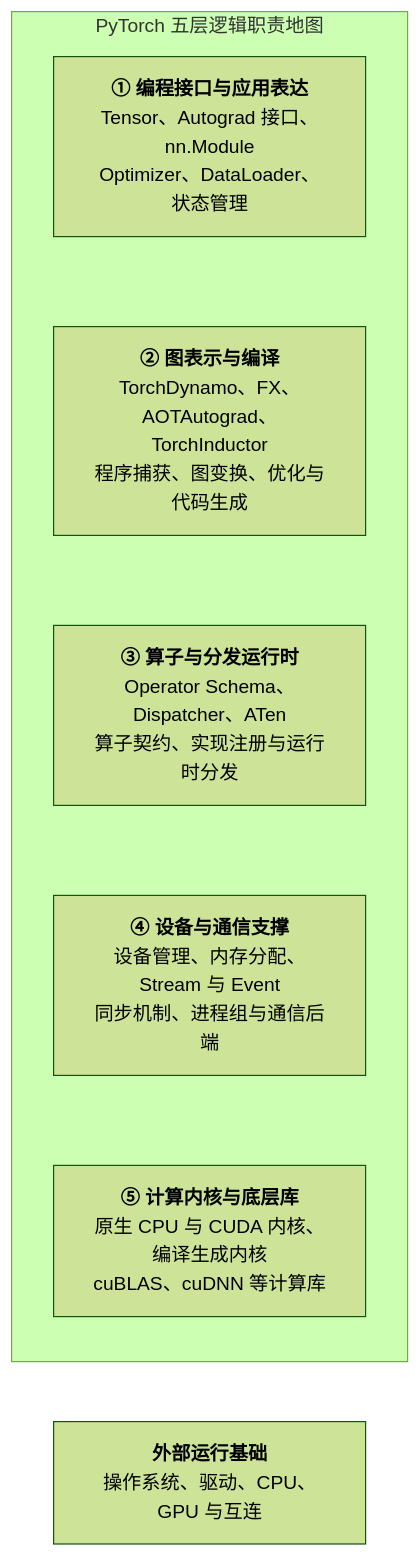
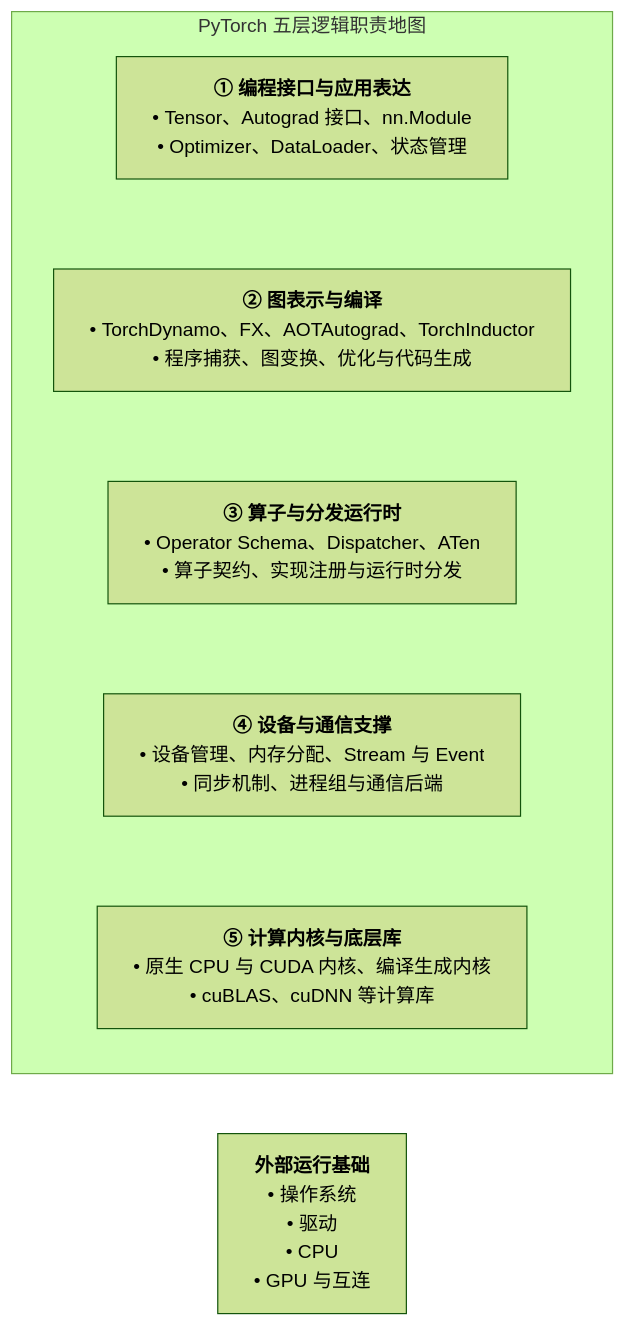
The second of 6 diagrams in _posts/2026-02-17-pytorch-overall-introduction.md (arganzheng/arganzheng.github.com), drawn with Mermaid (forest theme) before and after one commit. The commit also changed other lines of this file and 9 other files, not shown here.

First line of the commit message:
PyTorch 系列其余 9 篇：流程图方框改成「标题 + 列表」

````diff
--- a/_posts/2026-02-17-pytorch-overall-introduction.md
+++ b/_posts/2026-02-17-pytorch-overall-introduction.md
@@ -534,25 +534,26 @@
 ```mermaid
+%%{init: {"flowchart": {"wrappingWidth": 440}}}%%
 flowchart TB
     subgraph MAP["PyTorch 五层逻辑职责地图"]
         direction TB
 
-        L1["<b>① 编程接口与应用表达</b><br/>Tensor、Autograd 接口、nn.Module<br/>Optimizer、DataLoader、状态管理"]
+        L1["<b>① 编程接口与应用表达</b><br/>• Tensor、Autograd 接口、nn.Module<br/>• Optimizer、DataLoader、状态管理"]
 
-        L2["<b>② 图表示与编译</b><br/>TorchDynamo、FX、AOTAutograd、TorchInductor<br/>程序捕获、图变换、优化与代码生成"]
+        L2["<b>② 图表示与编译</b><br/>• TorchDynamo、FX、AOTAutograd、TorchInductor<br/>• 程序捕获、图变换、优化与代码生成"]
 
-        L3["<b>③ 算子与分发运行时</b><br/>Operator Schema、Dispatcher、ATen<br/>算子契约、实现注册与运行时分发"]
+        L3["<b>③ 算子与分发运行时</b><br/>• Operator Schema、Dispatcher、ATen<br/>• 算子契约、实现注册与运行时分发"]
 
-        L4["<b>④ 设备与通信支撑</b><br/>设备管理、内存分配、Stream 与 Event<br/>同步机制、进程组与通信后端"]
+        L4["<b>④ 设备与通信支撑</b><br/>• 设备管理、内存分配、Stream 与 Event<br/>• 同步机制、进程组与通信后端"]
 
-        L5["<b>⑤ 计算内核与底层库</b><br/>原生 CPU 与 CUDA 内核、编译生成内核<br/>cuBLAS、cuDNN 等计算库"]
+        L5["<b>⑤ 计算内核与底层库</b><br/>• 原生 CPU 与 CUDA 内核、编译生成内核<br/>• cuBLAS、cuDNN 等计算库"]
 
         L1 ~~~ L2
         L2 ~~~ L3
         L3 ~~~ L4
         L4 ~~~ L5
     end
 
-    ENV["<b>外部运行基础</b><br/>操作系统、驱动、CPU、GPU 与互连"]
+    ENV["<b>外部运行基础</b><br/>• 操作系统<br/>• 驱动<br/>• CPU<br/>• GPU 与互连"]
 
     L5 ~~~ ENV
 ```
````
